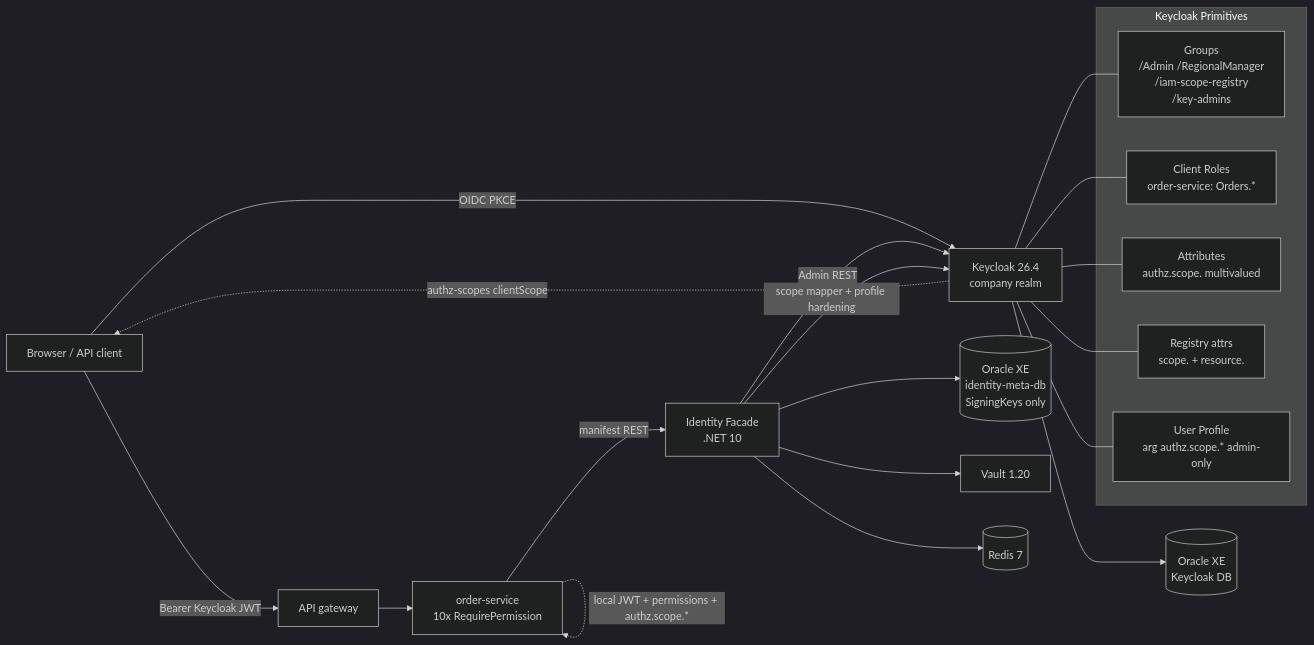
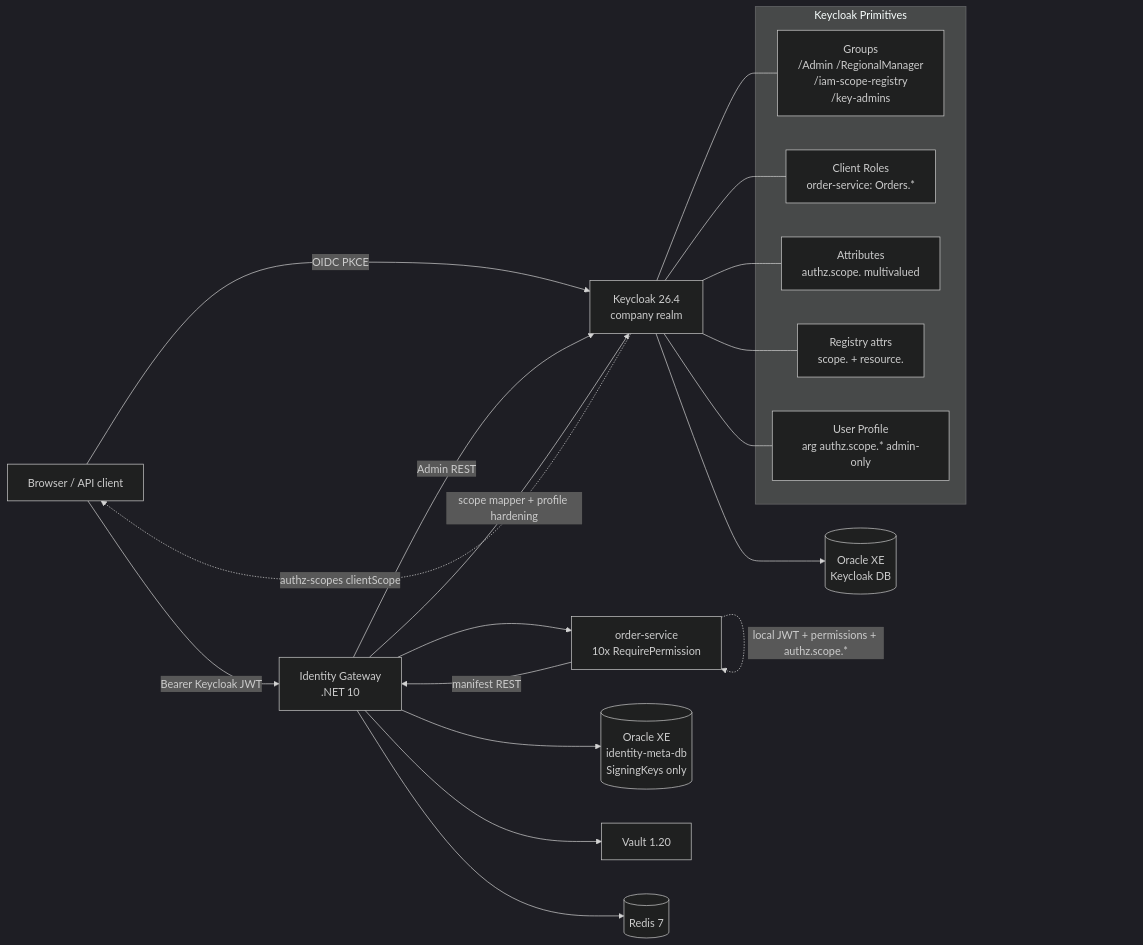
Before and after one commit to JashSmith/identity-service: the diagram in docs/engineering-report.md, drawn with Mermaid (dark theme). The commit also changed other lines of this file and 134 other files, not shown here.

First line of the commit message:
refactor: rename the facade to Identity Gateway and packages to Avash.Identity

````diff
--- a/docs/engineering-report.md
+++ b/docs/engineering-report.md
@@ -153,38 +153,38 @@
 ```mermaid
 graph LR
   Browser[Browser / API client]
   Gateway[API gateway]
   OrderSvc[order-service\n10x RequirePermission]
-  Facade[Identity Facade\n.NET 10]
+  Gateway[Identity Gateway\n.NET 10]
   KC[Keycloak 26.4\ncompany realm]
   KCDB[(Oracle XE\nKeycloak DB)]
   Meta[(Oracle XE\nidentity-meta-db\nSigningKeys only)]
   Vault[Vault 1.20]
   Redis[(Redis 7)]
 
   Browser -->|OIDC PKCE| KC
   Browser -->|Bearer Keycloak JWT| Gateway
   Gateway --> OrderSvc
-  OrderSvc -->|manifest REST| Facade
+  OrderSvc -->|manifest REST| Gateway
   OrderSvc -.->|local JWT + permissions + authz.scope.*| OrderSvc
-  Facade -->|Admin REST| KC
-  Facade -->|scope mapper + profile hardening| KC
+  Gateway -->|Admin REST| KC
+  Gateway -->|scope mapper + profile hardening| KC
   KC --> KCDB
-  Facade --> Meta
-  Facade --> Vault
-  Facade --> Redis
+  Gateway --> Meta
+  Gateway --> Vault
+  Gateway --> Redis
   KC -.->|authz-scopes clientScope| Browser
 
   subgraph Keycloak Primitives
     Groups[Groups\n/Admin /RegionalManager\n/iam-scope-registry\n/key-admins]
     ClientRoles[Client Roles\norder-service: Orders.*]
     Attrs[Attributes\nauthz.scope.<key> multivalued]
     Registry[Registry attrs\nscope.<key> + resource.<name>]
     Profile[User Profile\narg authz.scope.* admin-only]
   end
   KC --- Groups
   KC --- ClientRoles
   KC --- Attrs
   KC --- Registry
   KC --- Profile
 ```
````
